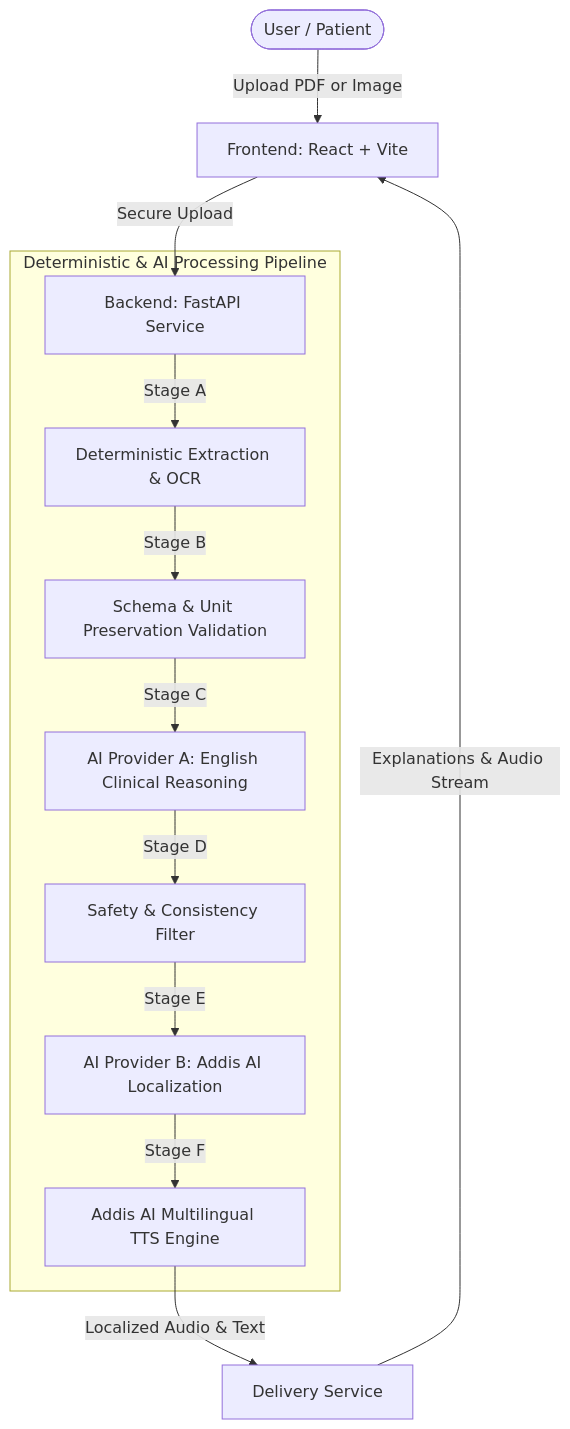
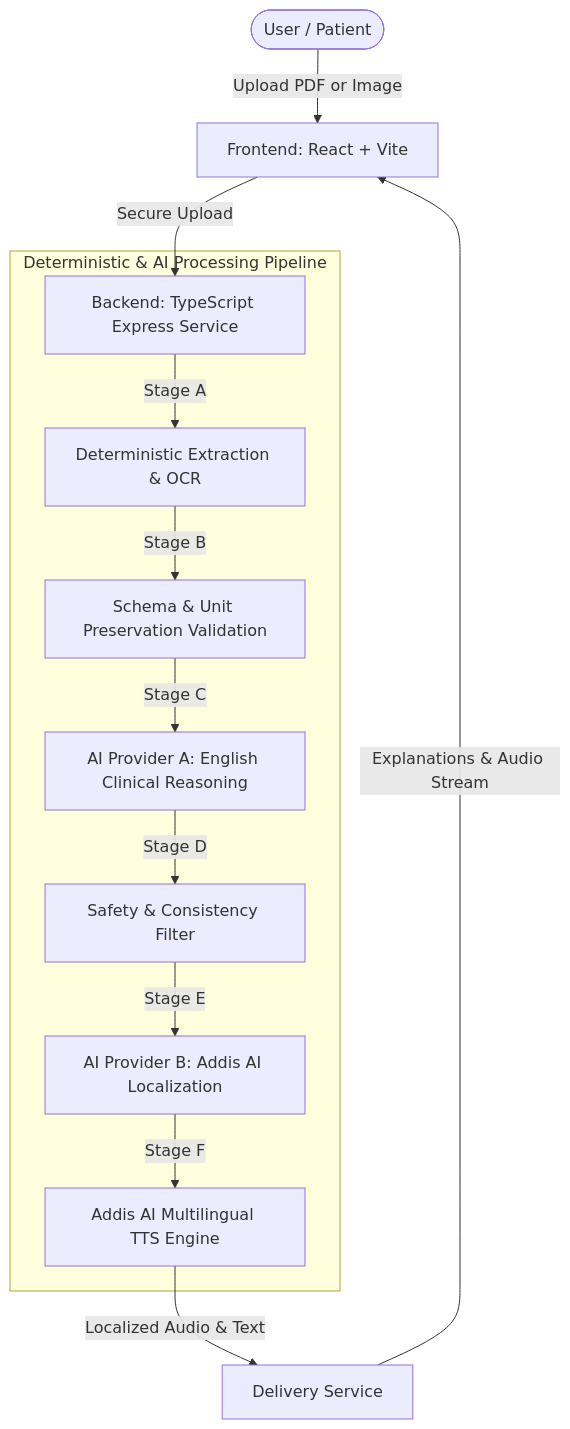
Before and after one commit to Eliphaz21/Lisan_Health: the diagram in README.md, drawn with Mermaid. The commit also changed other lines of this file and 41 other files, not shown here.

````diff
--- a/README.md
+++ b/README.md
@@ -32,17 +31,17 @@
 ```mermaid
 flowchart TD
     User([User / Patient]) -->|Upload PDF or Image| WebUI[Frontend: React + Vite]
-    WebUI -->|Secure Upload| API[Backend: FastAPI Service]
+    WebUI -->|Secure Upload| API[Backend: TypeScript Express Service]
     
     subgraph Pipeline [Deterministic & AI Processing Pipeline]
         API -->|Stage A| Extract[Deterministic Extraction & OCR]
         Extract -->|Stage B| Validate[Schema & Unit Preservation Validation]
         Validate -->|Stage C| ProviderA[AI Provider A: English Clinical Reasoning]
         ProviderA -->|Stage D| SafetyCheck[Safety & Consistency Filter]
         SafetyCheck -->|Stage E| ProviderB[AI Provider B: Addis AI Localization]
         ProviderB -->|Stage F| TTS[Addis AI Multilingual TTS Engine]
     end
 
     TTS -->|Localized Audio & Text| Delivery[Delivery Service]
     Delivery -->|Explanations & Audio Stream| WebUI
 ```
````
